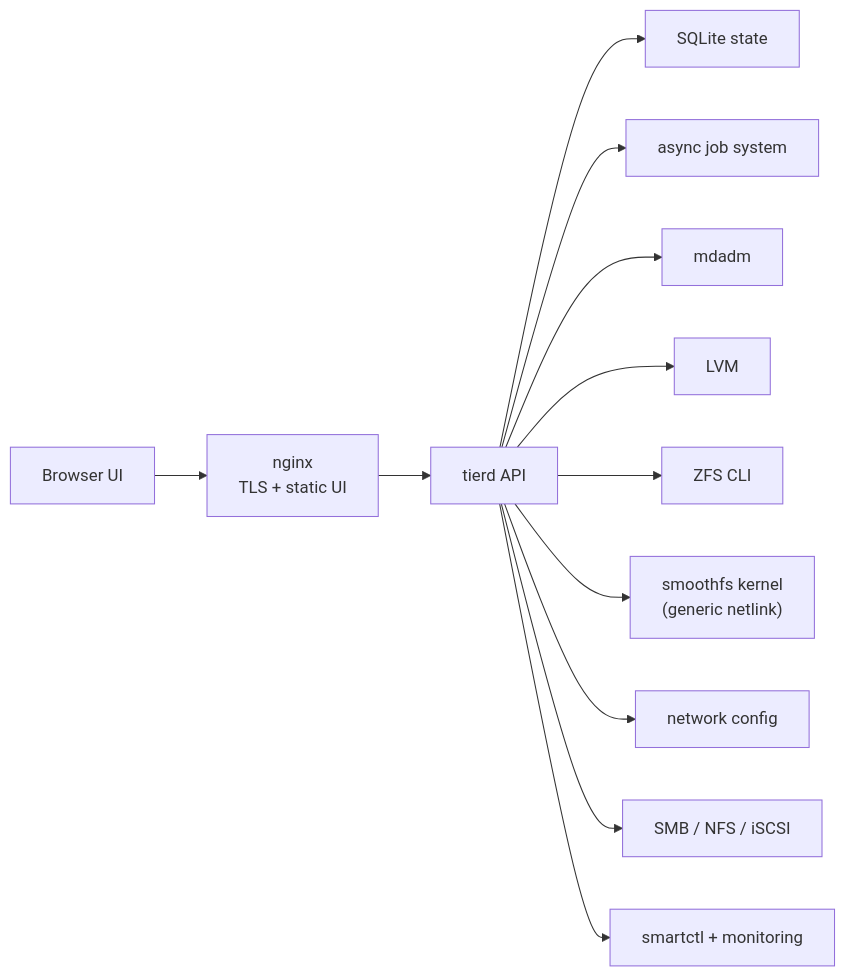
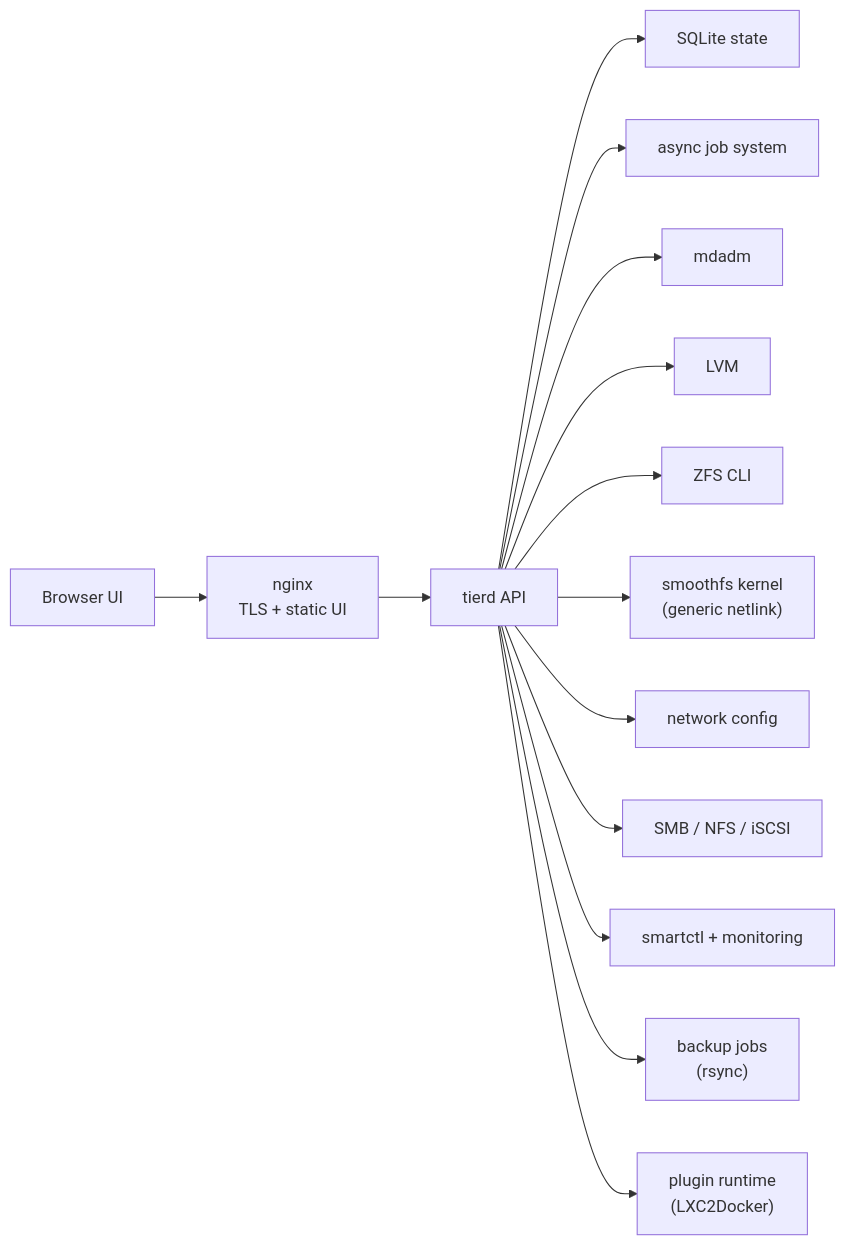
The first of 3 diagrams in README.md (RakuenSoftware/smoothnas), drawn with Mermaid before and after one commit. The commit also changed other lines of this file and 5 other files, not shown here.

````diff
--- a/README.md
+++ b/README.md
@@ -134,14 +160,16 @@
 ```mermaid
 flowchart LR
     Browser["Browser UI"] --> Nginx["nginx\nTLS + static UI"]
     Nginx --> API["tierd API"]
     API --> DB["SQLite state"]
     API --> Jobs["async job system"]
     API --> MD["mdadm"]
     API --> LVM["LVM"]
     API --> ZFS["ZFS CLI"]
     API --> Smoothfs["smoothfs kernel\n(generic netlink)"]
     API --> Net["network config"]
     API --> Share["SMB / NFS / iSCSI"]
     API --> Smart["smartctl + monitoring"]
+    API --> Backup["backup jobs\n(rsync)"]
+    API --> Runtime["plugin runtime\n(LXC2Docker)"]
 ```
````
